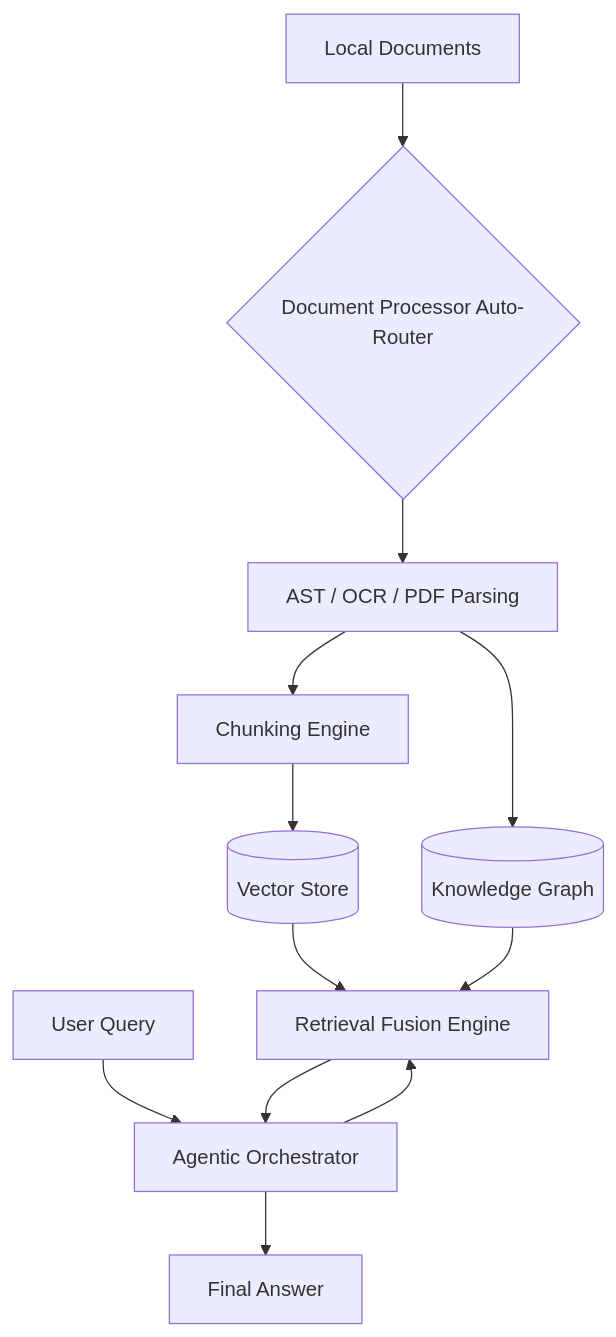
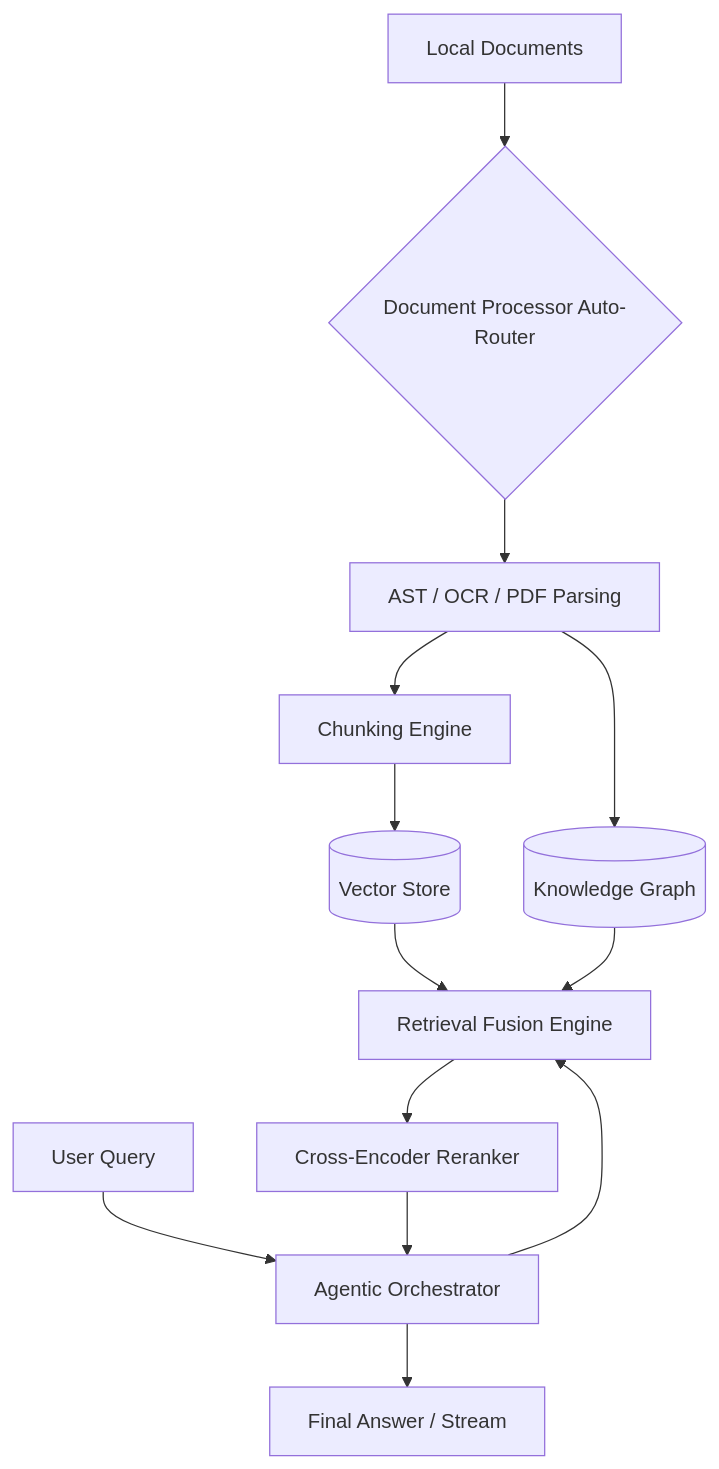
Before and after one commit to ixchio/ragbox-core: the diagram in README.md, drawn with Mermaid. The commit also changed other lines of this file and 16 other files, not shown here.

Commit message:
style: Apply consistent formatting and ensure graceful skipping of failed knowledge graph extractions.

````diff
--- a/README.md
+++ b/README.md
@@ -61,15 +107,16 @@
 ```mermaid
 graph TD
     A[Local Documents] --> B{Document Processor Auto-Router}
     B --> C[AST / OCR / PDF Parsing]
     C --> D[Chunking Engine]
     D --> E[(Vector Store)]
     C --> F[(Knowledge Graph)]
     
     Q[User Query] --> G[Agentic Orchestrator]
     G --> H[Retrieval Fusion Engine]
     E --> H
     F --> H
-    H --> G
-    G --> I[Final Answer]
+    H --> I[Cross-Encoder Reranker]
+    I --> G
+    G --> J[Final Answer / Stream]
 ```
````
